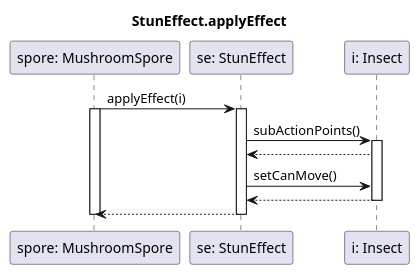
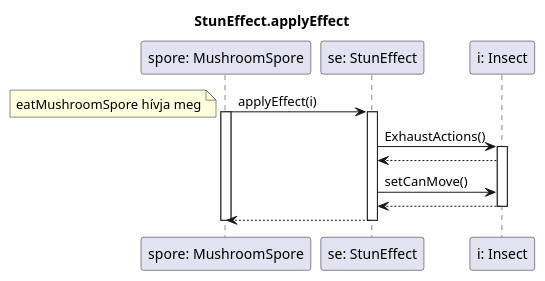
One commit to dzsem/projlab changed the diagram in diagrams/sequence/effects/stuneffect.plantuml. Above: the diagram before and after it, drawn with PlantUML. The commit also changed 3 other files, not shown here.

```diff
--- a/diagrams/sequence/effects/stuneffect.plantuml
+++ b/diagrams/sequence/effects/stuneffect.plantuml
@@ -1,27 +1,28 @@
 @startuml StunEffect
 title StunEffect.applyEffect
 
 participant "spore: MushroomSpore" as spore
 participant "se: StunEffect" as effect
 participant "i: Insect" as insect
 
 spore -> effect : applyEffect(i)
+note left: eatMushroomSpore hívja meg
 activate spore
 activate effect
 
-effect->insect:subActionPoints()
+effect->insect: ExhaustActions()
 activate insect
 
 effect<--insect
 
 effect->insect:setCanMove()
 effect<--insect
 deactivate insect
 
 spore <--effect
 deactivate effect
 deactivate spore
 
 
 
 @enduml
```
